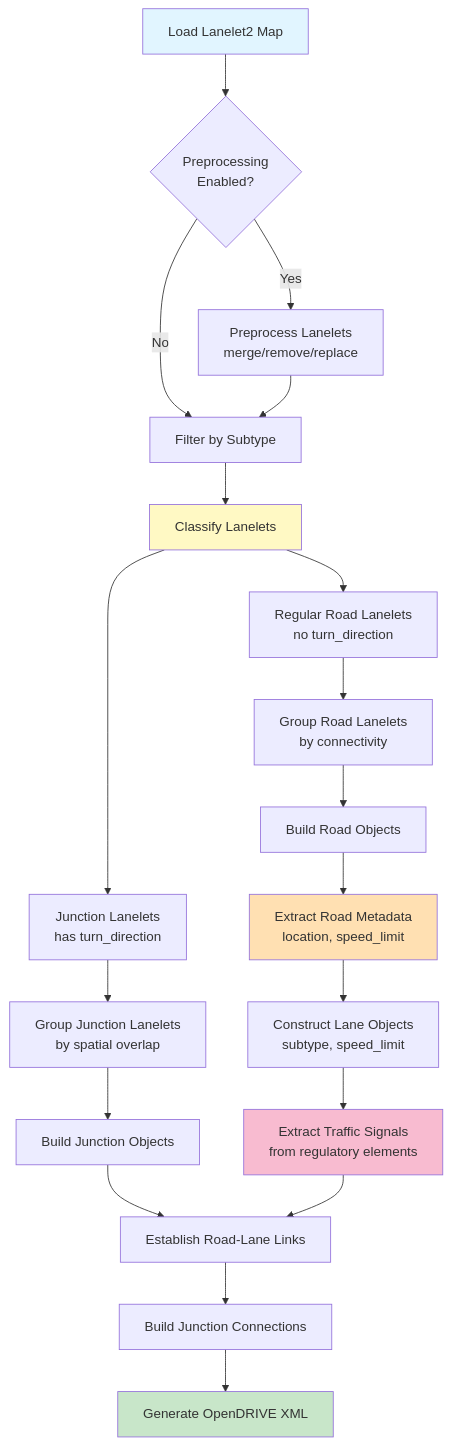
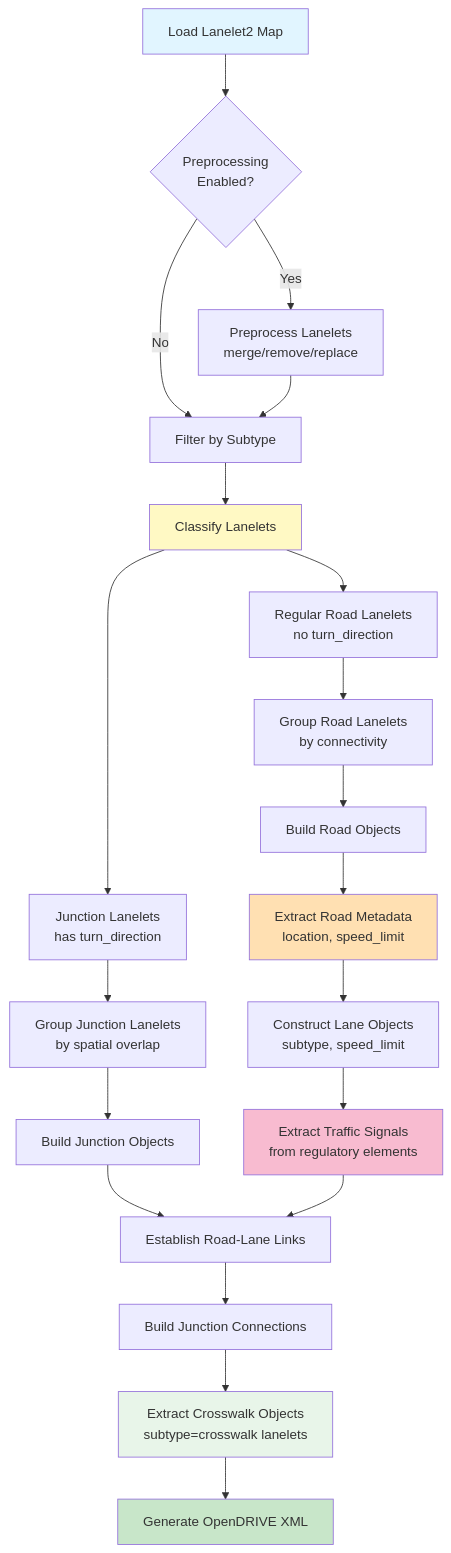
The diagram in docs/conversion-process.md (tier4/autoware_lanelet2_to_opendrive), drawn with Mermaid before and after one commit. The commit also changed other lines of this file and 4 other files, not shown here.

First line of the commit message:
docs: add crosswalk objects documentation

````diff
--- a/docs/conversion-process.md
+++ b/docs/conversion-process.md
@@ -20,34 +20,36 @@
 ```mermaid
 flowchart TD
     A[Load Lanelet2 Map] --> B{Preprocessing<br/>Enabled?}
     B -->|Yes| C[Preprocess Lanelets<br/>merge/remove/replace]
     B -->|No| D[Filter by Subtype]
     C --> D
 
     D --> E[Classify Lanelets]
     E --> F[Junction Lanelets<br/>has turn_direction]
     E --> G[Regular Road Lanelets<br/>no turn_direction]
 
     F --> H[Group Junction Lanelets<br/>by spatial overlap]
     G --> I[Group Road Lanelets<br/>by connectivity]
 
     H --> J[Build Junction Objects]
     I --> K[Build Road Objects]
 
     K --> L[Extract Road Metadata<br/>location, speed_limit]
     L --> M[Construct Lane Objects<br/>subtype, speed_limit]
 
     M --> N[Extract Traffic Signals<br/>from regulatory elements]
 
     J --> O[Establish Road-Lane Links]
     N --> O
 
     O --> P[Build Junction Connections]
-    P --> Q[Generate OpenDRIVE XML]
+    P --> R[Extract Crosswalk Objects<br/>subtype=crosswalk lanelets]
+    R --> Q[Generate OpenDRIVE XML]
 
     style A fill:#e1f5ff
     style Q fill:#c8e6c9
     style E fill:#fff9c4
     style L fill:#ffe0b2
     style N fill:#f8bbd0
+    style R fill:#e8f5e9
 ```
````
